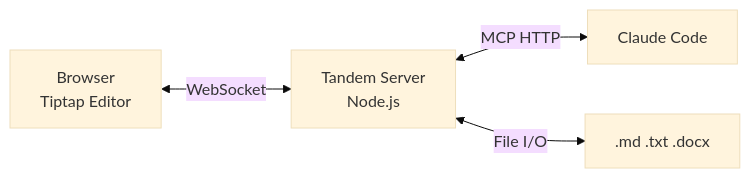
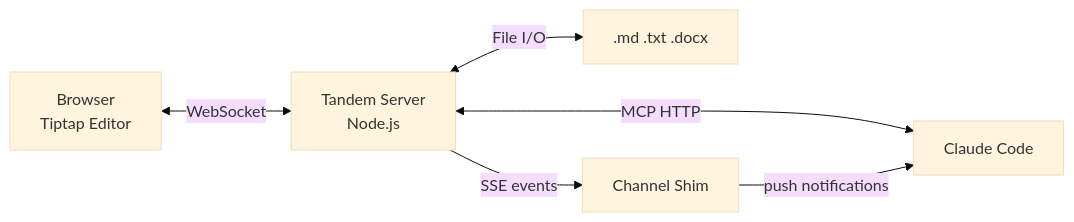
Before and after one commit to bloknayrb/tandem: the diagram in README.md, drawn with Mermaid (base theme). The commit also changed other lines of this file and 33 other files, not shown here.

First line of the commit message:
feat(channel): real-time push notifications via Claude Code Channels API (#106)

````diff
--- a/README.md
+++ b/README.md
@@ -9,6 +9,8 @@
 ```mermaid
 graph LR
     Browser["Browser<br/>Tiptap Editor"] <-->|WebSocket| Server["Tandem Server<br/>Node.js"]
     Server <-->|MCP HTTP| Claude["Claude Code"]
     Server <-->|File I/O| Files[".md .txt .docx"]
+    Server -->|SSE events| Shim["Channel Shim"]
+    Shim -->|push notifications| Claude
 ```
````
